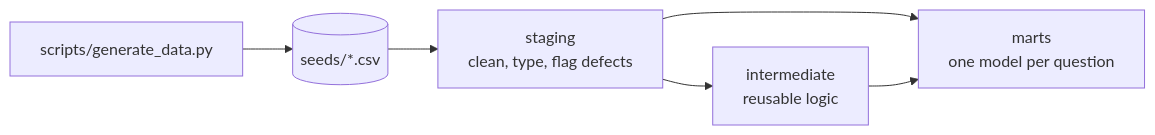
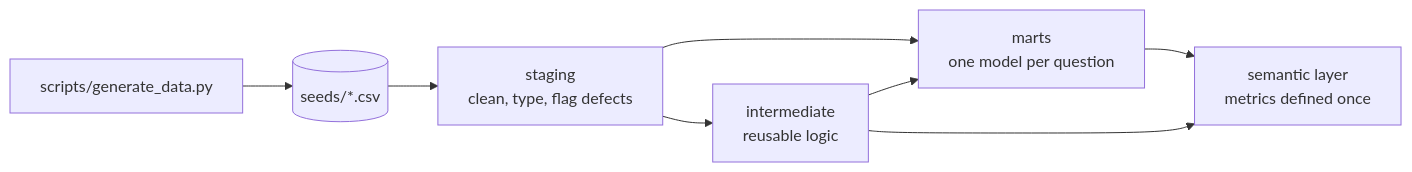
One commit to MariaSLopezOller/advanced-sql-healthcare-analytics changed the diagram in README.md. Above: the diagram before and after it, drawn with Mermaid. The commit also changed other lines of this file and 6 other files, not shown here.

First line of the commit message:
Add a semantic layer (MetricFlow) with a check against the marts

````diff
--- a/README.md
+++ b/README.md
@@ -59,8 +59,10 @@
 ```mermaid
 flowchart LR
     G[scripts/generate_data.py] --> S[(seeds/*.csv)]
     S --> ST[staging<br/>clean, type, flag defects]
     ST --> I[intermediate<br/>reusable logic]
     ST --> M[marts<br/>one model per question]
     I --> M
+    M --> SL[semantic layer<br/>metrics defined once]
+    I --> SL
 ```
````
